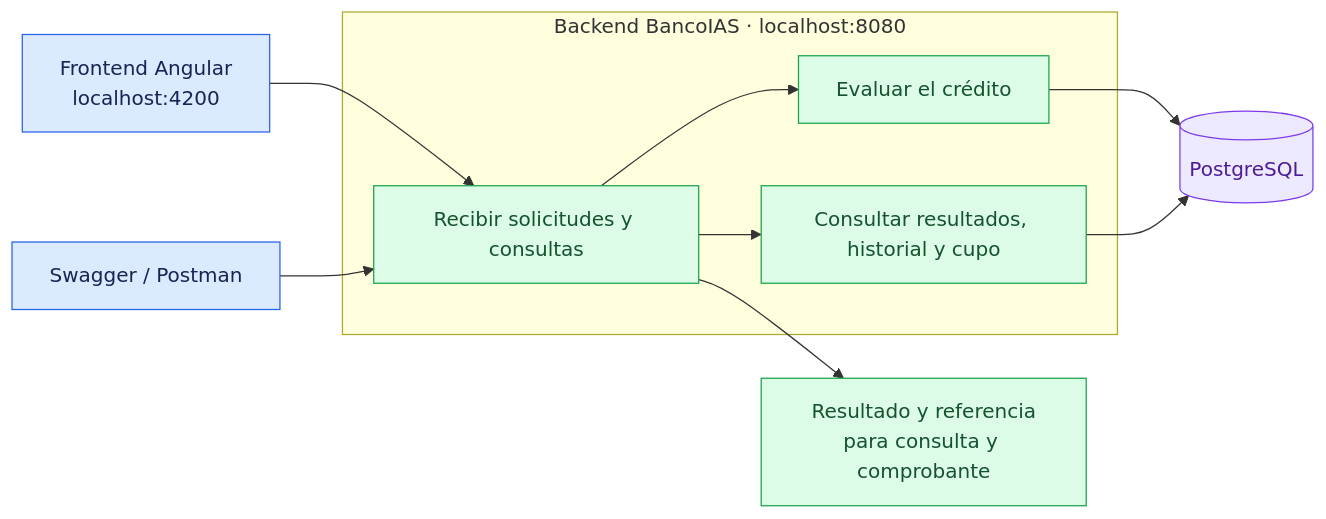
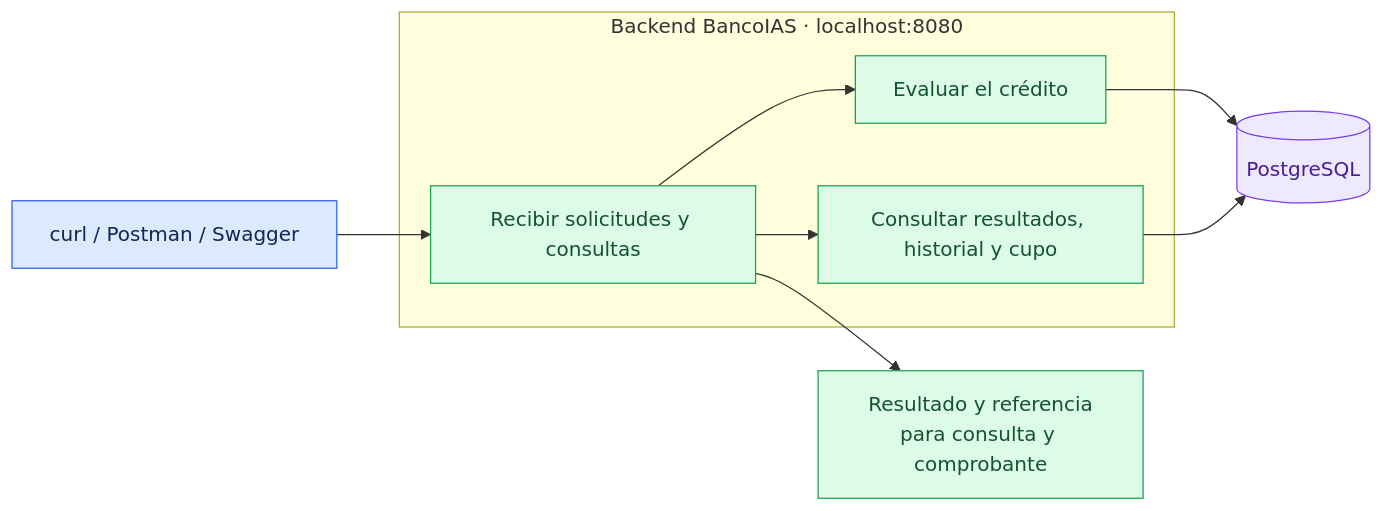
One commit to jdug-jadodev/back-IAS changed the first of 2 diagrams in README.md. Above: the diagram before and after it, drawn with Mermaid. The commit also changed other lines of this file and 1 other file, not shown here.

````diff
--- a/README.md
+++ b/README.md
@@ -43,24 +44,23 @@
 ```mermaid
 flowchart LR
-    FRONT["Frontend Angular<br/>localhost:4200"] --> API
-    TOOLS["Swagger / Postman"] --> API
+    TOOLS["curl / Postman / Swagger"] --> API
 
     subgraph MONOLITH["Backend BancoIAS · localhost:8080"]
         API["Recibir solicitudes y consultas"]
         PROCESS["Evaluar el crédito"]
         QUERY["Consultar resultados, historial y cupo"]
         API --> PROCESS
         API --> QUERY
     end
 
     PROCESS --> DB[("PostgreSQL")]
     QUERY --> DB
     API --> RESPONSE["Resultado y referencia<br/>para consulta y comprobante"]
 
     classDef client fill:#dbeafe,stroke:#2563eb,color:#172554;
     classDef service fill:#dcfce7,stroke:#16a34a,color:#14532d;
     classDef data fill:#ede9fe,stroke:#7c3aed,color:#4c1d95;
-    class FRONT,TOOLS client;
+    class TOOLS client;
     class API,PROCESS,QUERY,RESPONSE service;
     class DB data;
 ```
````
